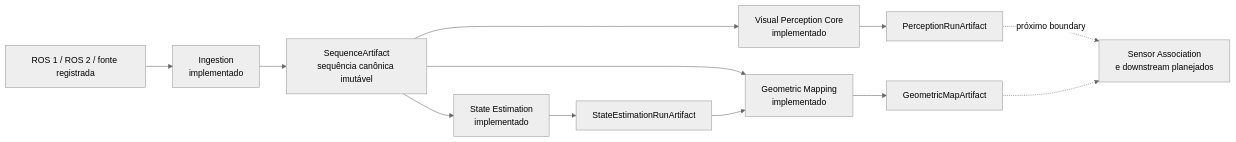
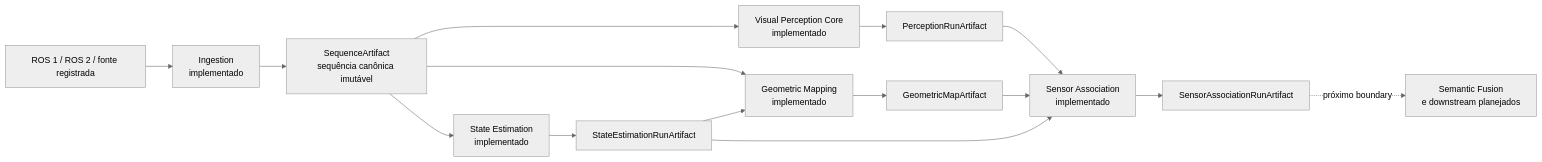
One commit to Alexandre-Tortoza/contextmap2 changed the second of 3 diagrams in docs/README.md. Above: the diagram before and after it, drawn with Mermaid (neutral theme). The commit also changed other lines of this file and 6 other files, not shown here.

First line of the commit message:
docs(sensor-association): integrate the milestone into the global documentation

````diff
--- a/docs/README.md
+++ b/docs/README.md
@@ -37,14 +37,17 @@
 ```mermaid
 flowchart LR
     RAW["ROS 1 / ROS 2 / fonte registrada"] --> ING["Ingestion<br/>implementado"]
     ING --> SEQ["SequenceArtifact<br/>sequência canônica imutável"]
     SEQ --> VP["Visual Perception Core<br/>implementado"]
     VP --> PR["PerceptionRunArtifact"]
     SEQ --> ST["State Estimation<br/>implementado"]
     ST --> TR["StateEstimationRunArtifact"]
     SEQ --> GM["Geometric Mapping<br/>implementado"]
     TR --> GM
     GM --> MAP["GeometricMapArtifact"]
-    PR -. próximo boundary .-> SA["Sensor Association<br/>e downstream planejados"]
-    MAP -.-> SA
+    PR --> SA["Sensor Association<br/>implementado"]
+    MAP --> SA
+    TR --> SA
+    SA --> AR["SensorAssociationRunArtifact"]
+    AR -. próximo boundary .-> NEXT["Semantic Fusion<br/>e downstream planejados"]
 ```
````
